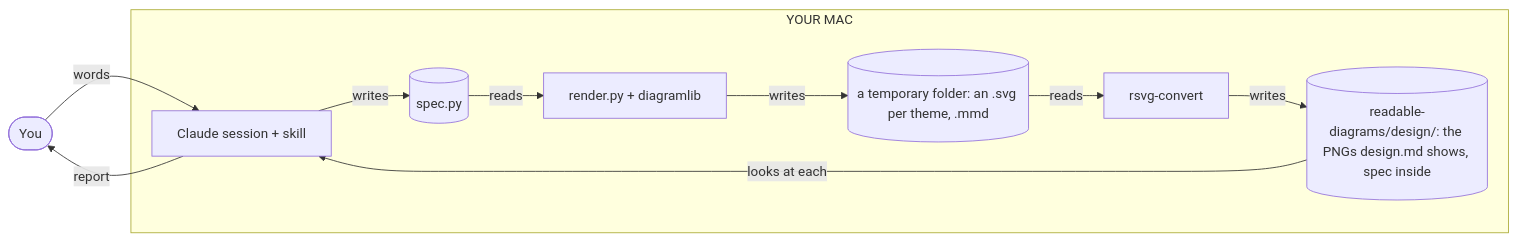
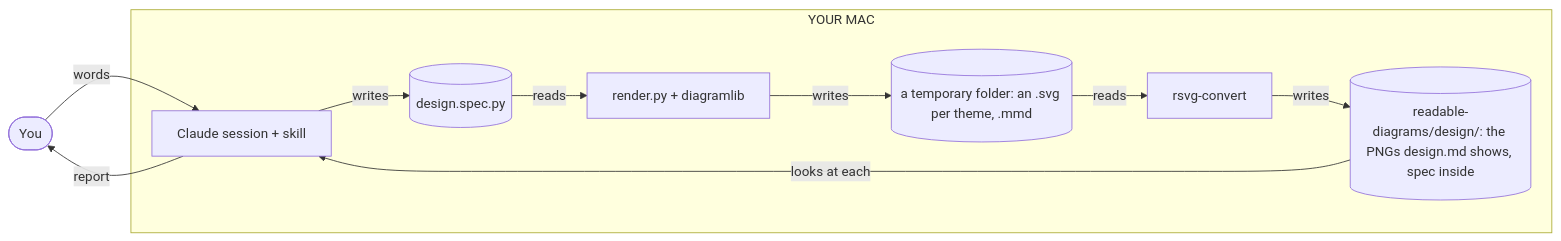
Before and after one commit to DanTanzer/dans-skills: the first of 2 diagrams in skills/readable-diagrams/HOW-IT-WORKS.md, drawn with Mermaid. The commit also changed other lines of this file and 10 other files, not shown here.

````diff
--- a/skills/readable-diagrams/HOW-IT-WORKS.md
+++ b/skills/readable-diagrams/HOW-IT-WORKS.md
@@ -41,14 +41,14 @@
 ```mermaid
 flowchart LR
   you(["You"])
   subgraph mac["YOUR MAC"]
-    claude["Claude session + skill"] -->|writes| spec[("spec.py")]
+    claude["Claude session + skill"] -->|writes| spec[("design.spec.py")]
     spec -->|reads| render["render.py + diagramlib"]
     render -->|writes| build[("a temporary folder: an .svg per theme, .mmd")]
     build -->|reads| exporter["rsvg-convert"]
     exporter -->|writes| pngs[("readable-diagrams/design/: the PNGs design.md shows, spec inside")]
     pngs -->|looks at each| claude
   end
   you -->|words| claude
   claude -->|report| you
 ```
````
